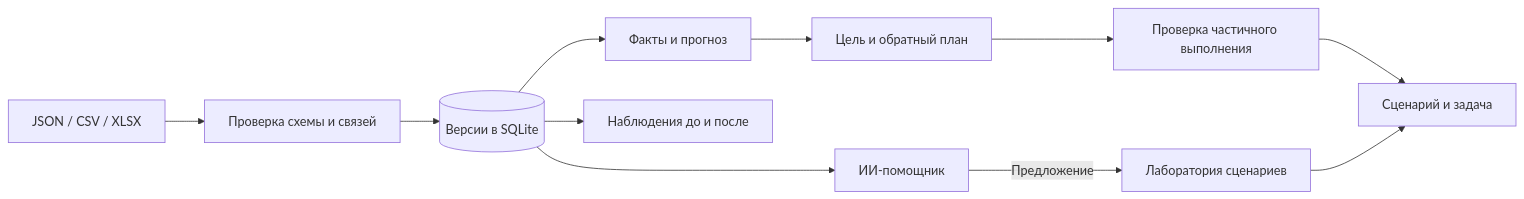
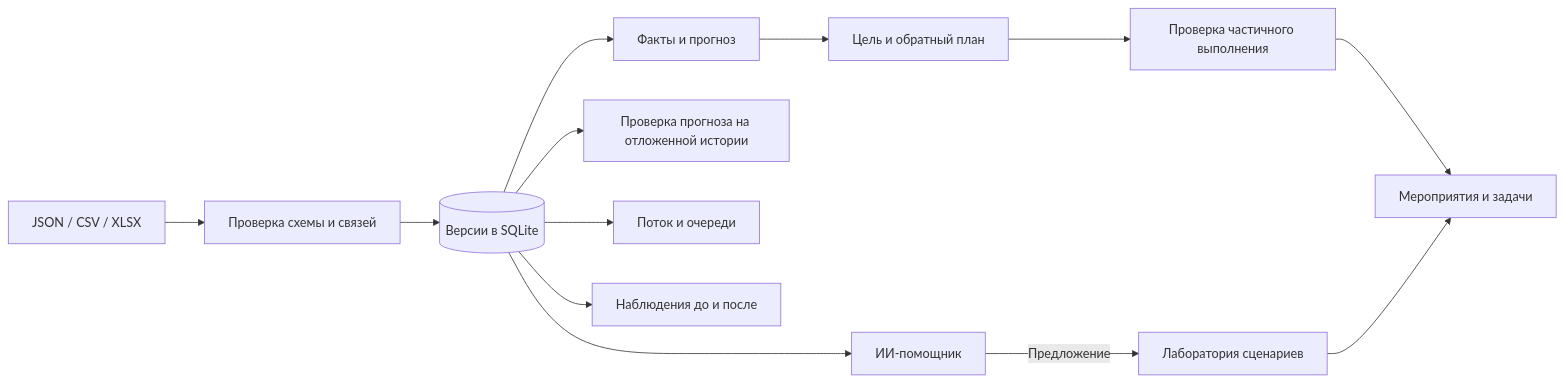
One commit to AQADIL/qarqyn-twin changed the diagram in README.md. Above: the diagram before and after it, drawn with Mermaid. The commit also changed other lines of this file and 10 other files, not shown here.

````diff
--- a/README.md
+++ b/README.md
@@ -234,14 +245,16 @@
 ```mermaid
 flowchart LR
     A[JSON / CSV / XLSX] --> B[Проверка схемы и связей]
     B --> C[(Версии в SQLite)]
     C --> D[Факты и прогноз]
     D --> E[Цель и обратный план]
     E --> F[Проверка частичного выполнения]
-    F --> G[Сценарий и задача]
+    F --> G[Мероприятия и задачи]
+    C --> K[Проверка прогноза на отложенной истории]
+    C --> L[Поток и очереди]
     C --> H[ИИ-помощник]
     H -->|Предложение| J[Лаборатория сценариев]
     J --> G
     I[Наблюдения до и после]
     C --> I
 ```
````
